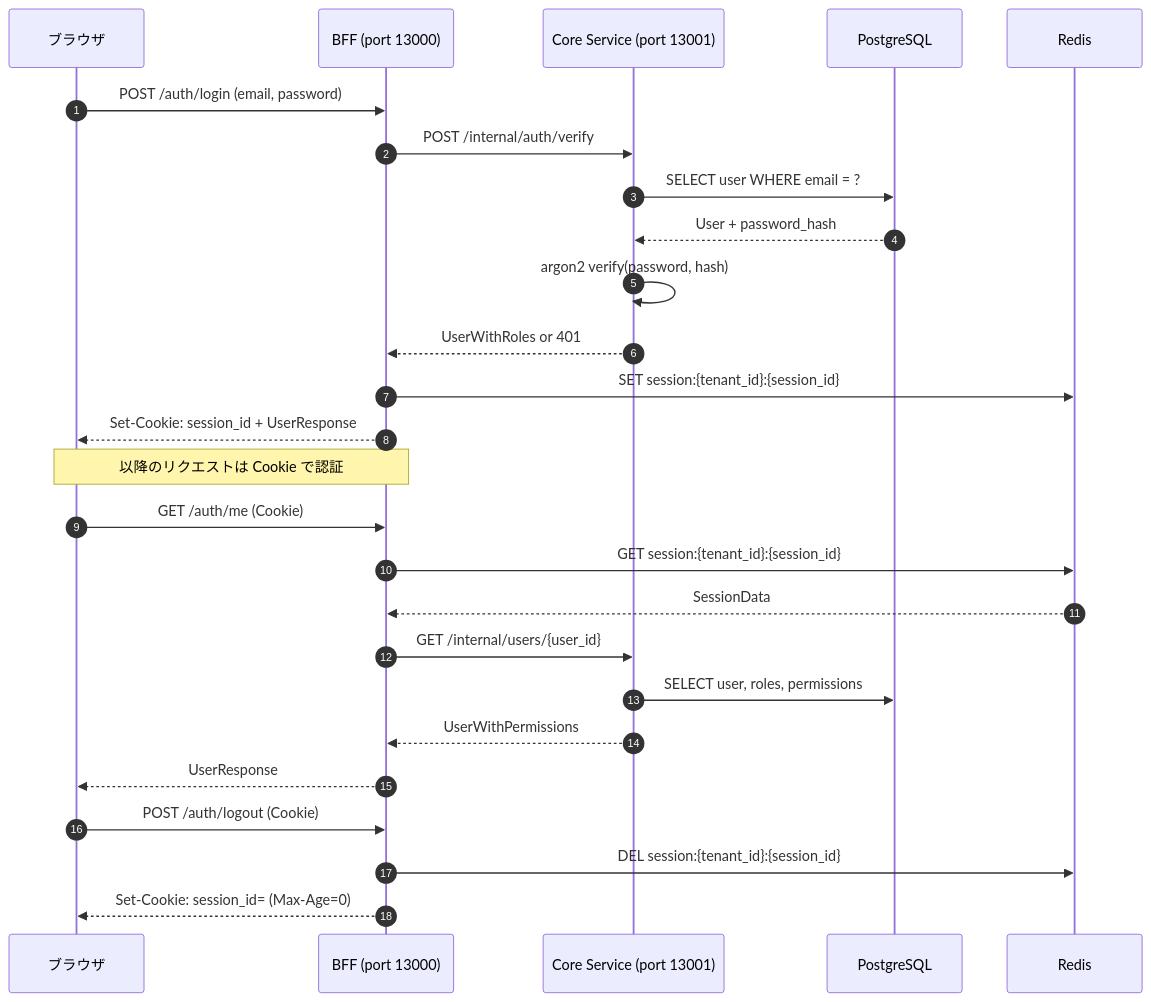
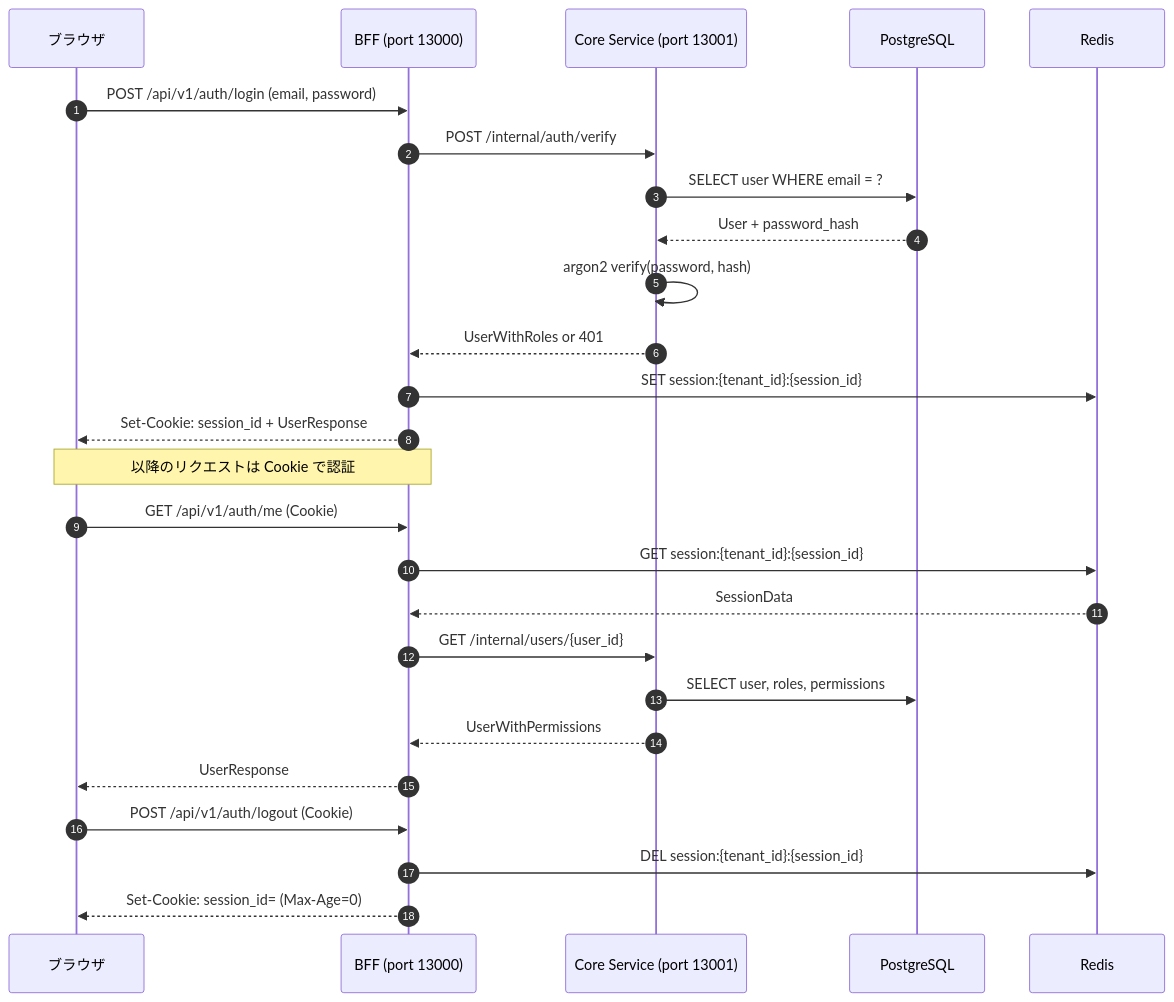
One commit to ka2kama/ringiflow changed the first of 3 diagrams in docs/03_詳細設計書/07_認証機能設計.md. Above: the diagram before and after it, drawn with Mermaid. The commit also changed other lines of this file and 20 other files, not shown here.

First line of the commit message:
#146 Unify auth API paths under /api/v1 (#172)

````diff
--- a/docs/03_詳細設計書/07_認証機能設計.md
+++ b/docs/03_詳細設計書/07_認証機能設計.md
@@ -31,32 +31,32 @@
 ```mermaid
 sequenceDiagram
     autonumber
     participant Browser as ブラウザ
     participant BFF as BFF (port 13000)
     participant Core as Core Service (port 13001)
     participant DB as PostgreSQL
     participant Redis as Redis
 
-    Browser->>BFF: POST /auth/login (email, password)
+    Browser->>BFF: POST /api/v1/auth/login (email, password)
     BFF->>Core: POST /internal/auth/verify
     Core->>DB: SELECT user WHERE email = ?
     DB-->>Core: User + password_hash
     Core->>Core: argon2 verify(password, hash)
     Core-->>BFF: UserWithRoles or 401
     BFF->>Redis: SET session:{tenant_id}:{session_id}
     BFF-->>Browser: Set-Cookie: session_id + UserResponse
 
     Note over Browser,BFF: 以降のリクエストは Cookie で認証
 
-    Browser->>BFF: GET /auth/me (Cookie)
+    Browser->>BFF: GET /api/v1/auth/me (Cookie)
     BFF->>Redis: GET session:{tenant_id}:{session_id}
     Redis-->>BFF: SessionData
     BFF->>Core: GET /internal/users/{user_id}
     Core->>DB: SELECT user, roles, permissions
     Core-->>BFF: UserWithPermissions
     BFF-->>Browser: UserResponse
 
-    Browser->>BFF: POST /auth/logout (Cookie)
+    Browser->>BFF: POST /api/v1/auth/logout (Cookie)
     BFF->>Redis: DEL session:{tenant_id}:{session_id}
     BFF-->>Browser: Set-Cookie: session_id= (Max-Age=0)
 ```
````
